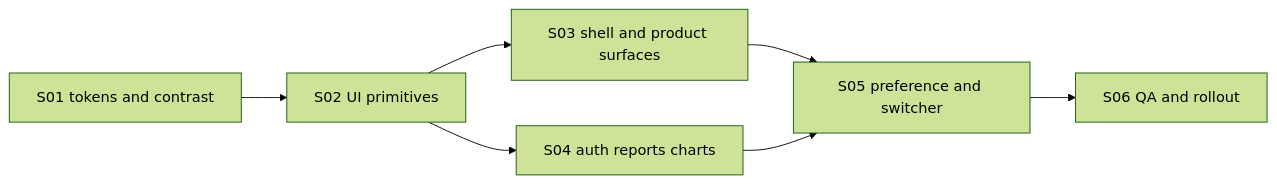
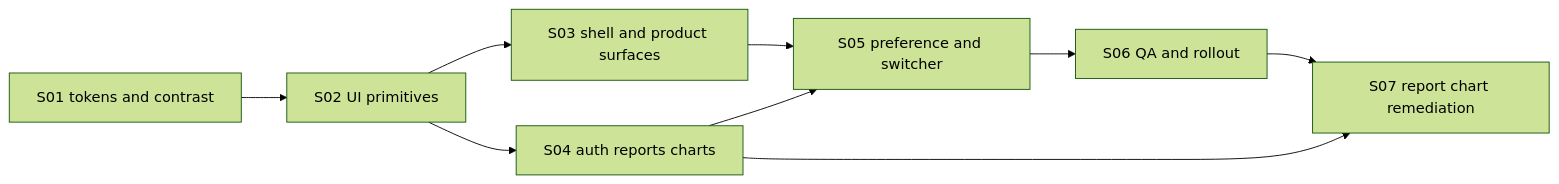
Before and after one commit to fixemer90-stack/Archemap: the diagram in docs/features/E21-light-theme/FEATURE.md, drawn with Mermaid (forest theme). The commit also changed other lines of this file and 3 other files, not shown here.

Commit message:
docs(e21): add report chart remediation story

````diff
--- a/docs/features/E21-light-theme/FEATURE.md
+++ b/docs/features/E21-light-theme/FEATURE.md
@@ -114,9 +115,11 @@
 ```mermaid
 flowchart LR
   S01[S01 tokens and contrast] --> S02[S02 UI primitives]
   S02 --> S03[S03 shell and product surfaces]
   S02 --> S04[S04 auth reports charts]
   S03 --> S05[S05 preference and switcher]
   S04 --> S05
   S05 --> S06[S06 QA and rollout]
+  S04 --> S07[S07 report chart remediation]
+  S06 --> S07
 ```
````
